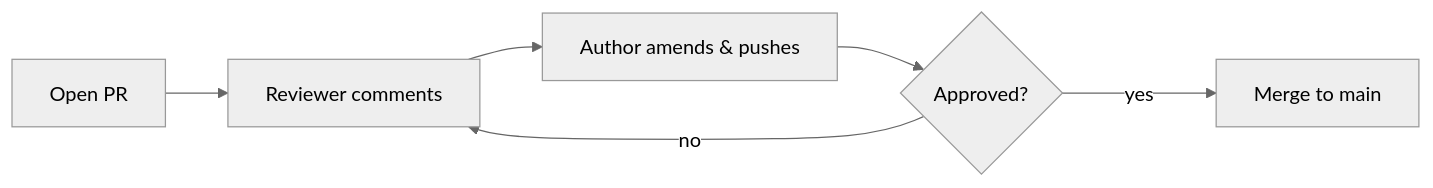
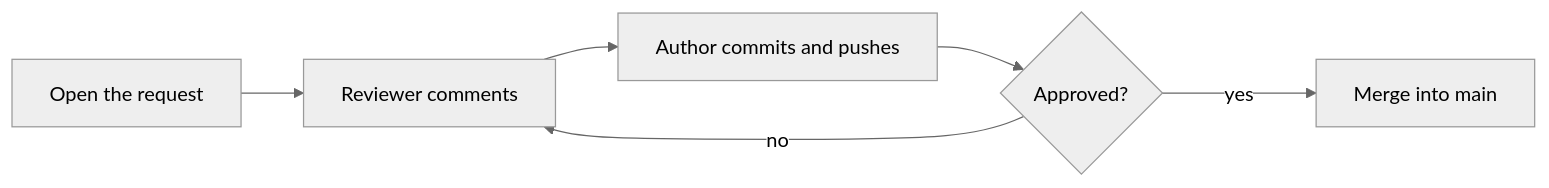
Before and after one commit to MindaugasSarpis/CERN_lessons_on_data_analysis: the fourth of 5 diagrams in lectures/content/slides/05_Version_Control.md, drawn with Mermaid (neutral theme). The commit also changed other lines of this file and 143 other files, not shown here.

````diff
--- a/lectures/content/slides/05_Version_Control.md
+++ b/lectures/content/slides/05_Version_Control.md
@@ -1364,8 +2161,8 @@
 ```mermaid {scale: 0.8}
 flowchart LR
-    A[Open PR] --> B[Reviewer comments]
-    B --> C[Author amends & pushes]
+    A[Open the request] --> B[Reviewer comments]
+    B --> C[Author commits and pushes]
     C --> D{Approved?}
     D -- no --> B
-    D -- yes ---> E[Merge to main]
+    D -- yes ---> E[Merge into main]
 ```
````
